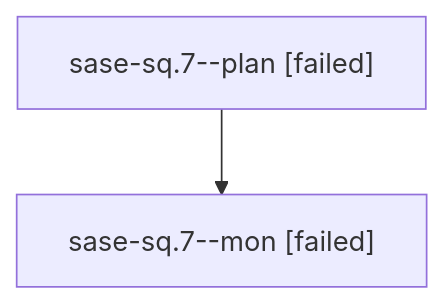
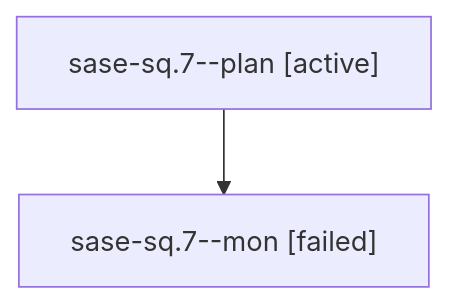
The diagram in families/bbugyi200.athena.sase-sq.7.md (sase-org/sase--agents), drawn with Mermaid before and after one commit. The commit also changed other lines of this file and 35830 other files, not shown here.

````diff
--- a/families/bbugyi200.athena.sase-sq.7.md
+++ b/families/bbugyi200.athena.sase-sq.7.md
@@ -9,6 +9,6 @@
 ```mermaid
 flowchart TD
-  n0["sase-sq.7--plan [failed]"]
+  n0["sase-sq.7--plan [active]"]
   n1["sase-sq.7--mon [failed]"]
   n0 --> n1
 ```
````
